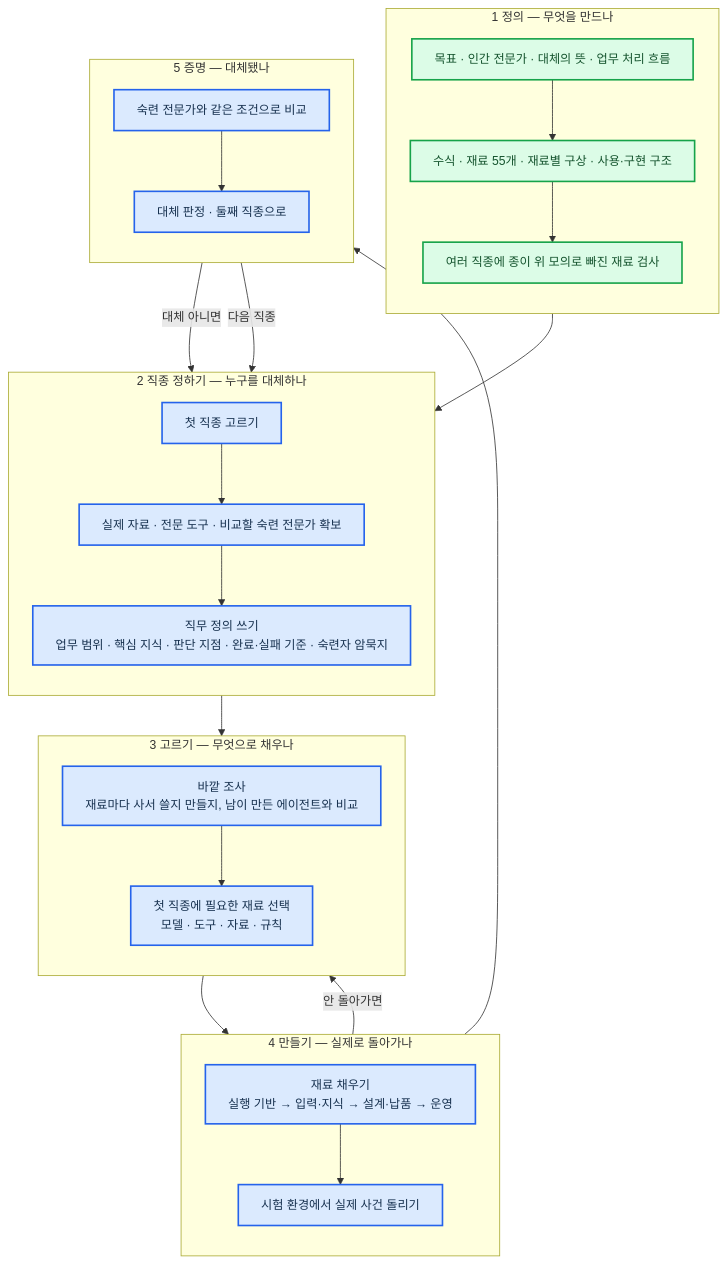
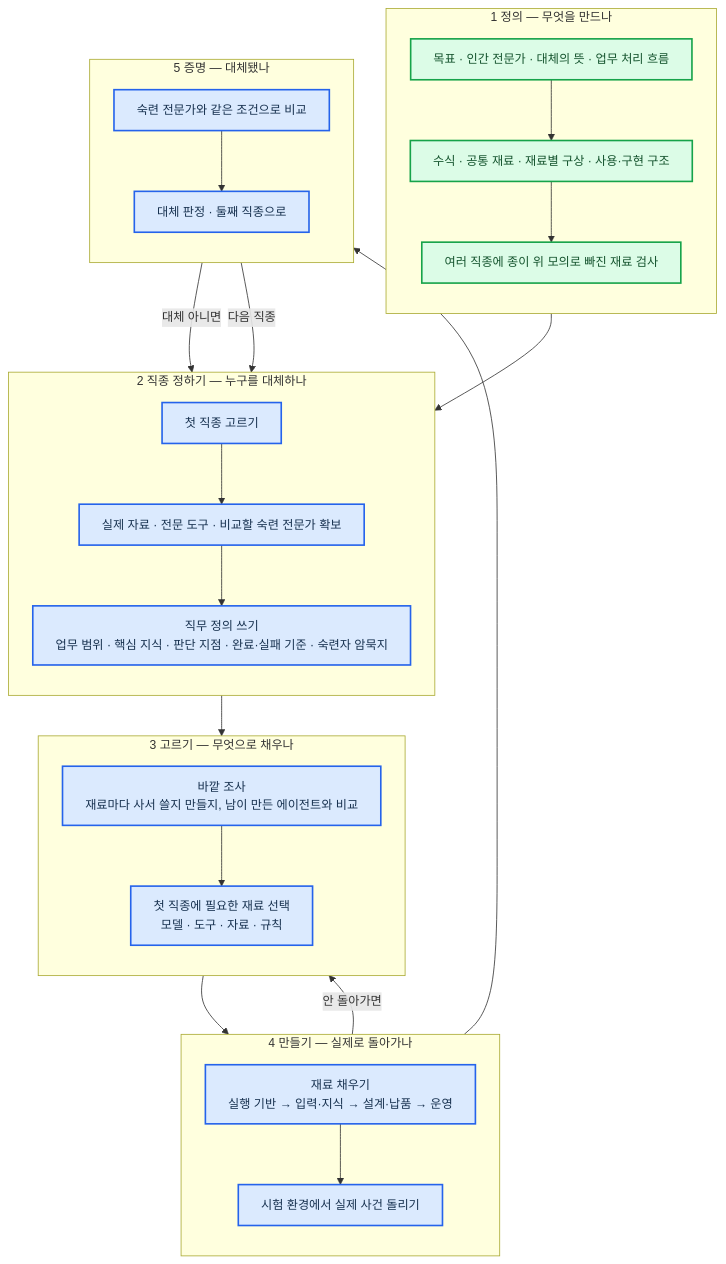
The second of 2 diagrams in 진행-계획.md (harisbaguette/expert), drawn with Mermaid before and after one commit. The commit also changed other lines of this file, not shown here.

````diff
--- a/진행-계획.md
+++ b/진행-계획.md
@@ -84,45 +73,45 @@
 ```mermaid
 %%{init: {"flowchart": {"wrappingWidth": 640, "curve": "basis", "nodeSpacing": 40, "rankSpacing": 50, "padding": 14, "useMaxWidth": true}, "themeVariables": {"fontSize": "15px"}} }%%
 flowchart TB
     subgraph S1["1 정의 — 무엇을 만드나"]
         direction TB
         A1["목표 · 인간 전문가 · 대체의 뜻 · 업무 처리 흐름"]:::done
-        A2["수식 · 재료 55개 · 재료별 구상 · 사용·구현 구조"]:::done
+        A2["수식 · 공통 재료 · 재료별 구상 · 사용·구현 구조"]:::done
         A3["여러 직종에 종이 위 모의로 빠진 재료 검사"]:::done
         A1 --> A2 --> A3
     end
     subgraph S2["2 직종 정하기 — 누구를 대체하나"]
         direction TB
         B1["첫 직종 고르기"]:::todo
         B2["실제 자료 · 전문 도구 · 비교할 숙련 전문가 확보"]:::todo
         B3["직무 정의 쓰기<br/>업무 범위 · 핵심 지식 · 판단 지점 · 완료·실패 기준 · 숙련자 암묵지"]:::todo
         B1 --> B2 --> B3
     end
     subgraph S3["3 고르기 — 무엇으로 채우나"]
         direction TB
         C1["바깥 조사<br/>재료마다 사서 쓸지 만들지, 남이 만든 에이전트와 비교"]:::todo
         C2["첫 직종에 필요한 재료 선택<br/>모델 · 도구 · 자료 · 규칙"]:::todo
         C1 --> C2
     end
     subgraph S4["4 만들기 — 실제로 돌아가나"]
         direction TB
         D1["재료 채우기<br/>실행 기반 → 입력·지식 → 설계·납품 → 운영"]:::todo
         D2["시험 환경에서 실제 사건 돌리기"]:::todo
         D1 --> D2
     end
     subgraph S5["5 증명 — 대체됐나"]
         direction TB
         E1["숙련 전문가와 같은 조건으로 비교"]:::todo
         E2["대체 판정 · 둘째 직종으로"]:::todo
         E1 --> E2
     end
     A3 --> B1
     B3 --> C1
     C2 --> D1
     D2 --> E1
     D2 -- "안 돌아가면" --> C2
     E2 -- "대체 아니면" --> B3
     E2 -- "다음 직종" --> B1
     classDef done fill:#dcfce7,stroke:#16a34a,stroke-width:2px,color:#14532d
     classDef todo fill:#dbeafe,stroke:#2563eb,stroke-width:2px,color:#17314f
 ```
````
